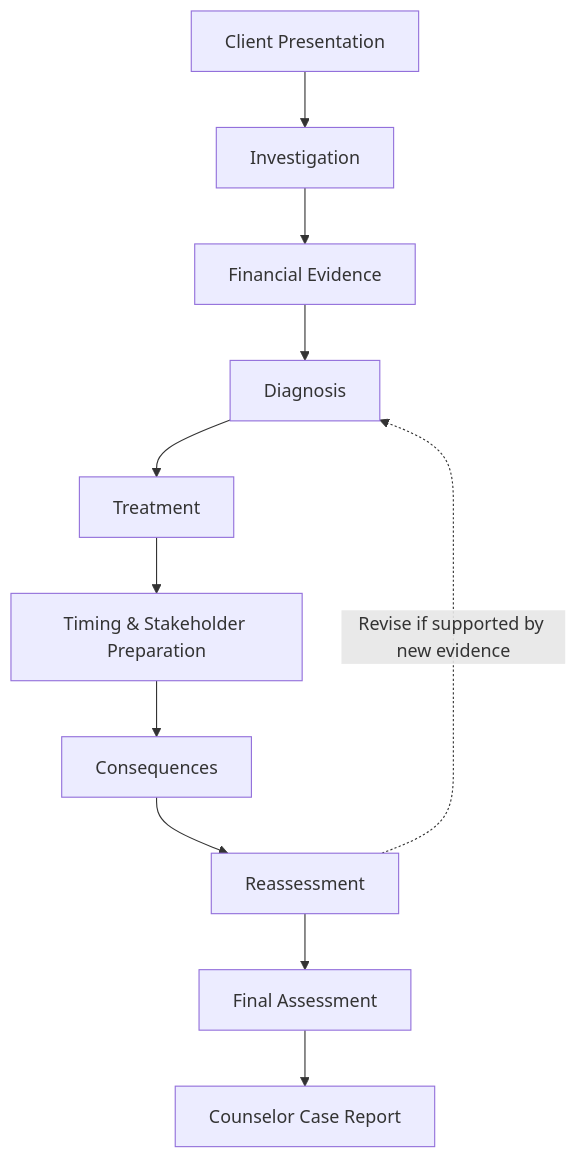
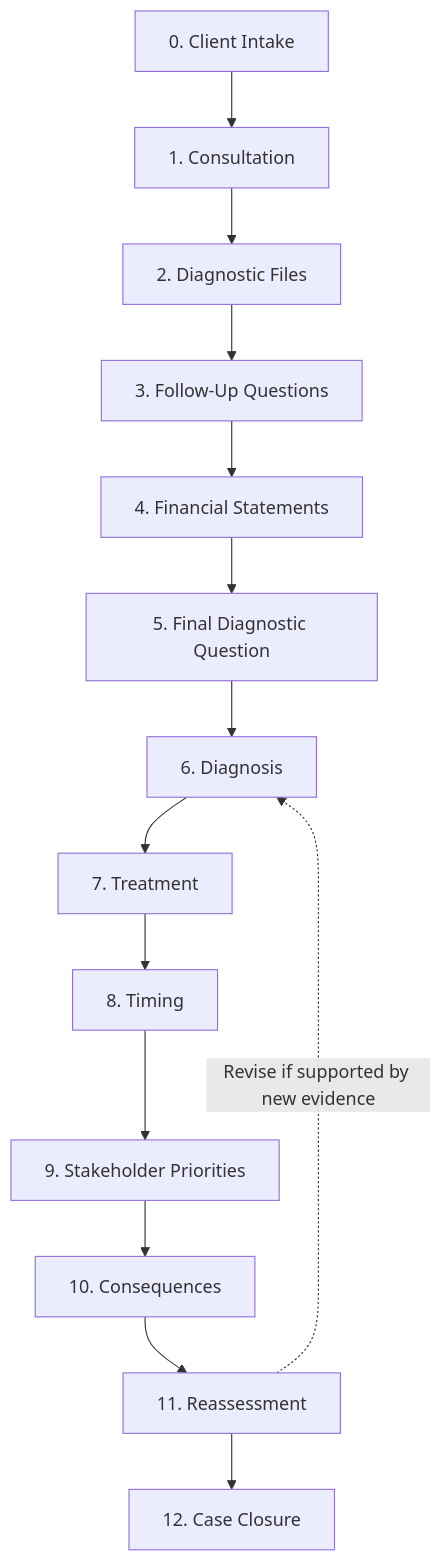
One commit to FTU-Legacy-63/G02 changed the diagram in WEEK 4/PROJECT_LOGIC_CHAIN.md. Above: the diagram before and after it, drawn with Mermaid. The commit also changed other lines of this file, not shown here.

First line of the commit message:
Revise PROJECT_LOGIC_CHAIN.md for clarity and structure

````diff
--- a/WEEK 4/PROJECT_LOGIC_CHAIN.md
+++ b/WEEK 4/PROJECT_LOGIC_CHAIN.md
@@ -39,14 +52,17 @@
 ```mermaid
 flowchart TD
-    A["Client Presentation"] --> B["Investigation"]
-    B --> C["Financial Evidence"]
-    C --> D["Diagnosis"]
-    D --> E["Treatment"]
-    E --> F["Timing & Stakeholder Preparation"]
-    F --> G["Consequences"]
-    G --> H["Reassessment"]
-    H --> I["Final Assessment"]
-    I --> J["Counselor Case Report"]
+    S0["0. Client Intake"] --> S1["1. Consultation"]
+    S1 --> S2["2. Diagnostic Files"]
+    S2 --> S3["3. Follow-Up Questions"]
+    S3 --> S4["4. Financial Statements"]
+    S4 --> S5["5. Final Diagnostic Question"]
+    S5 --> S6["6. Diagnosis"]
+    S6 --> S7["7. Treatment"]
+    S7 --> S8["8. Timing"]
+    S8 --> S9["9. Stakeholder Priorities"]
+    S9 --> S10["10. Consequences"]
+    S10 --> S11["11. Reassessment"]
+    S11 --> S12["12. Case Closure"]
 
-    H -. "Revise if supported by new evidence" .-> D
+    S11 -. "Revise if supported by new evidence" .-> S6
 ```
````
